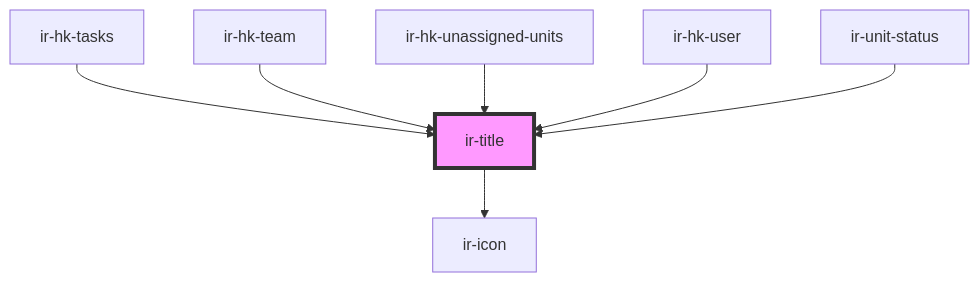
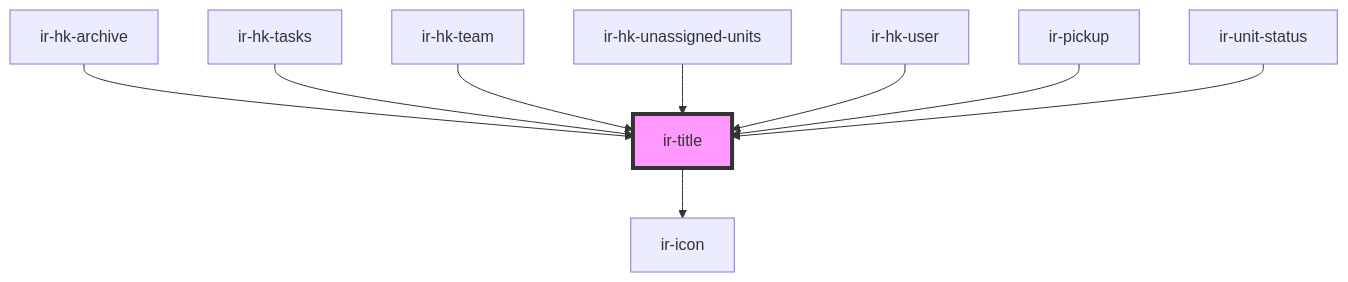
Before and after one commit to David1Chowaifaty/modified-ir-webcmp: the diagram in src/components/ir-title/readme.md, drawn with Mermaid. The commit also changed other lines of this file and 10 other files, not shown here.

````diff
--- a/src/components/ir-title/readme.md
+++ b/src/components/ir-title/readme.md
@@ -39,10 +41,12 @@
 ```mermaid
 graph TD;
   ir-title --> ir-icon
+  ir-hk-archive --> ir-title
   ir-hk-tasks --> ir-title
   ir-hk-team --> ir-title
   ir-hk-unassigned-units --> ir-title
   ir-hk-user --> ir-title
+  ir-pickup --> ir-title
   ir-unit-status --> ir-title
   style ir-title fill:#f9f,stroke:#333,stroke-width:4px
 ```
````
